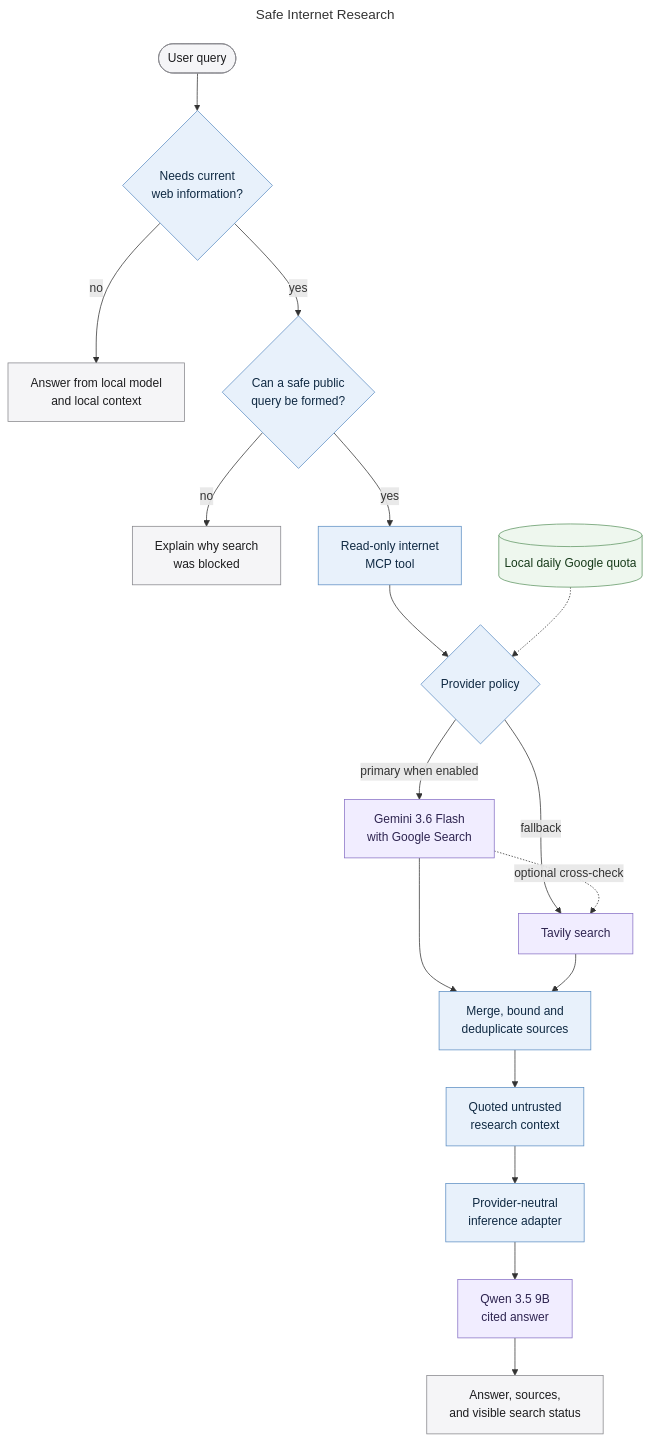
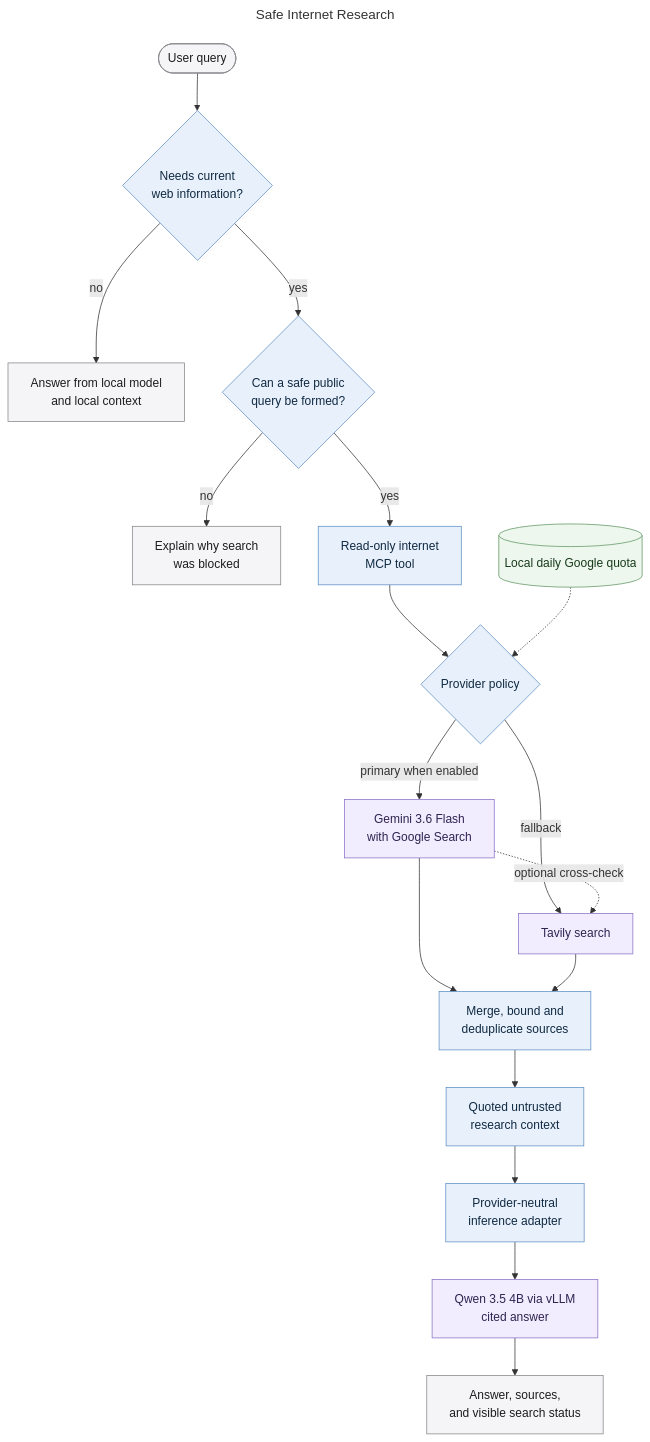
Before and after one commit to MallyaAni/PersonalAssistant: the diagram in docs/diagrams/search-research-subsystem.mmd, drawn with Mermaid. The commit also changed 41 other files, not shown here.

```diff
--- a/docs/diagrams/search-research-subsystem.mmd
+++ b/docs/diagrams/search-research-subsystem.mmd
@@ -1,33 +1,33 @@
 ---
 title: Safe Internet Research
 ---
 flowchart TB
     Query([User query]) --> Need{Needs current<br/>web information?}
     Need -->|no| Local[Answer from local model<br/>and local context]
     Need -->|yes| Privacy{Can a safe public<br/>query be formed?}
     Privacy -->|no| Block[Explain why search<br/>was blocked]
     Privacy -->|yes| MCP[Read-only internet<br/>MCP tool]
     MCP --> Policy{Provider policy}
 
     Policy -->|primary when enabled| Google[Gemini 3.6 Flash<br/>with Google Search]
     Policy -->|fallback| Tavily[Tavily search]
     Google -. optional cross-check .-> Tavily
 
     Google --> Sources[Merge, bound and<br/>deduplicate sources]
     Tavily --> Sources
     Sources --> Context[Quoted untrusted<br/>research context]
     Context --> Inference[Provider-neutral<br/>inference adapter]
-    Inference --> Main[Qwen 3.5 9B<br/>cited answer]
+    Inference --> Main[Qwen 3.5 4B via vLLM<br/>cited answer]
     Main --> UI[Answer, sources,<br/>and visible search status]
 
     Quota[(Local daily Google quota)] -.-> Policy
 
     classDef interface fill:#f5f5f7,stroke:#86868b,color:#1d1d1f;
     classDef application fill:#e8f1fb,stroke:#5e8fc4,color:#102a43;
     classDef data fill:#eef7ee,stroke:#5f9562,color:#183b1b;
     classDef external fill:#f1edff,stroke:#8872c6,color:#2e2450;
     classDef warning fill:#fff3cd,stroke:#b78b20,color:#4d3900;
     class Query,Local,Block,UI interface;
     class Need,Privacy,MCP,Policy,Sources,Context,Inference application;
     class Quota data;
     class Google,Tavily,Main external;
```
